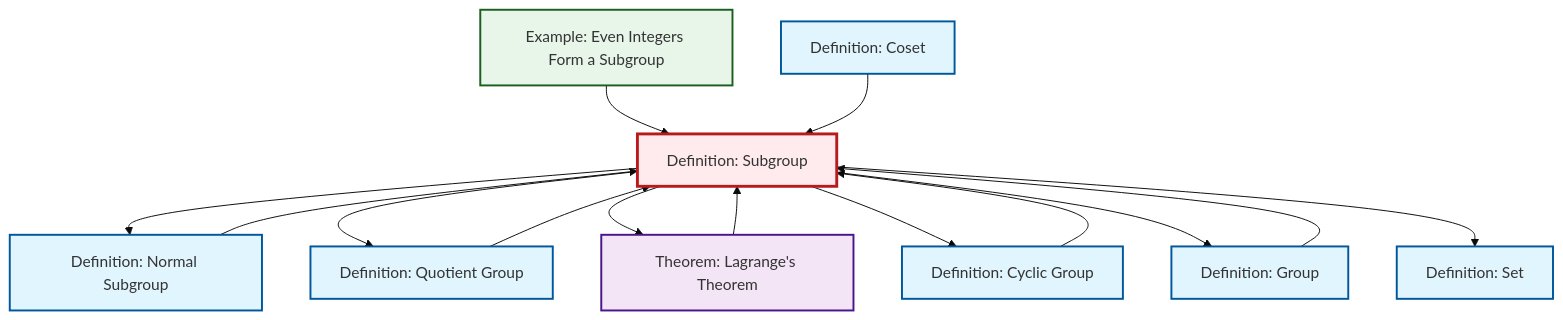
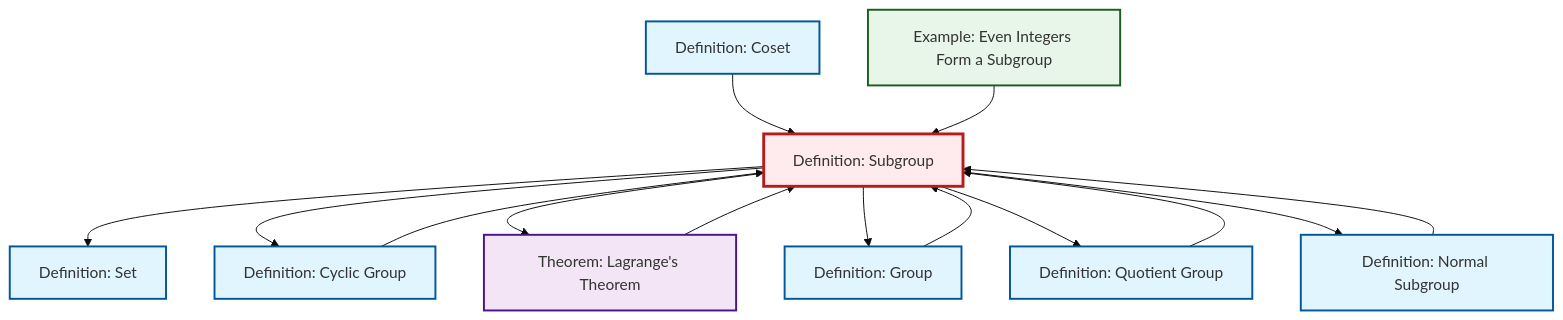
Before and after one commit to RK0429/ModernMath: the diagram in output/mermaid/def-subgroup.mermaid, drawn with Mermaid (base theme). The commit also changed other lines of this file and 491 other files, not shown here.

```diff
--- a/output/mermaid/def-subgroup.mermaid
+++ b/output/mermaid/def-subgroup.mermaid
@@ -1,30 +1,30 @@
 %%| fig-cap: "Local dependency graph"
 graph TD
     classDef definition fill:#e1f5fe,stroke:#01579b,stroke-width:2px
     classDef theorem fill:#f3e5f5,stroke:#4a148c,stroke-width:2px
     classDef axiom fill:#fff3e0,stroke:#e65100,stroke-width:2px
     classDef example fill:#e8f5e9,stroke:#1b5e20,stroke-width:2px
     classDef current fill:#ffebee,stroke:#b71c1c,stroke-width:3px
+    ex-even-integers-subgroup["Example: Even Integers Form a Subgroup"]:::example
+    def-cyclic-group["Definition: Cyclic Group"]:::definition
+    def-normal-subgroup["Definition: Normal Subgroup"]:::definition
+    def-subgroup["Definition: Subgroup"]:::definition
+    def-coset["Definition: Coset"]:::definition
+    def-group["Definition: Group"]:::definition
+    thm-lagrange["Theorem: Lagrange's Theorem"]:::theorem
     def-set["Definition: Set"]:::definition
-    def-subgroup["Definition: Subgroup"]:::definition
-    def-group["Definition: Group"]:::definition
-    def-cyclic-group["Definition: Cyclic Group"]:::definition
-    thm-lagrange["Theorem: Lagrange's Theorem"]:::theorem
-    ex-even-integers-subgroup["Example: Even Integers Form a Subgroup"]:::example
-    def-coset["Definition: Coset"]:::definition
-    def-normal-subgroup["Definition: Normal Subgroup"]:::definition
     def-quotient-group["Definition: Quotient Group"]:::definition
+    def-subgroup --> def-set
+    def-quotient-group --> def-subgroup
+    def-normal-subgroup --> def-subgroup
+    def-coset --> def-subgroup
+    def-subgroup --> def-cyclic-group
+    def-group --> def-subgroup
+    def-subgroup --> thm-lagrange
+    def-subgroup --> def-group
+    def-subgroup --> def-quotient-group
+    thm-lagrange --> def-subgroup
+    def-cyclic-group --> def-subgroup
+    def-subgroup --> def-normal-subgroup
     ex-even-integers-subgroup --> def-subgroup
-    def-subgroup --> def-normal-subgroup
-    def-subgroup --> def-quotient-group
-    def-normal-subgroup --> def-subgroup
-    def-quotient-group --> def-subgroup
-    def-subgroup --> thm-lagrange
-    def-subgroup --> def-cyclic-group
-    def-coset --> def-subgroup
-    thm-lagrange --> def-subgroup
-    def-group --> def-subgroup
-    def-cyclic-group --> def-subgroup
-    def-subgroup --> def-group
-    def-subgroup --> def-set
     class def-subgroup current
```
